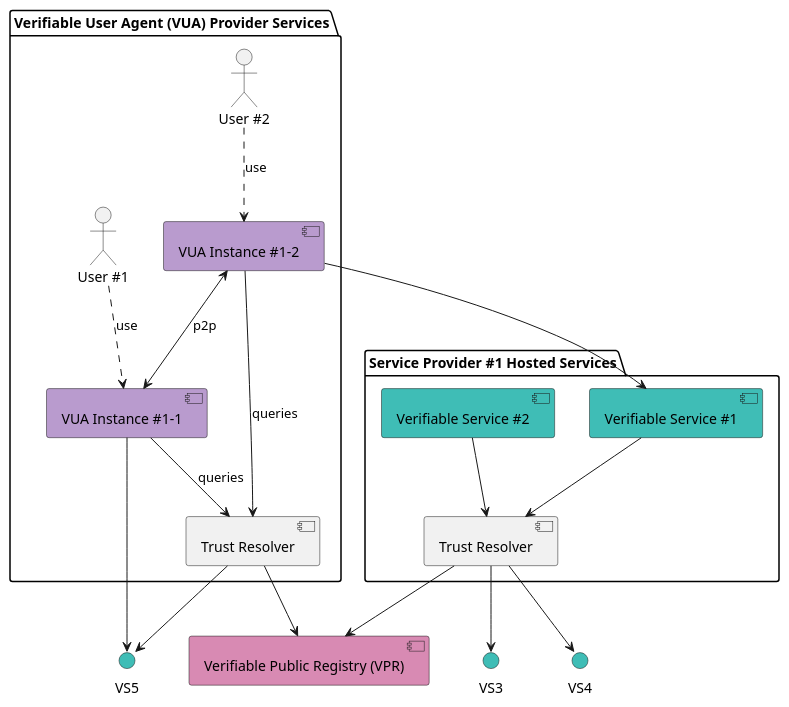
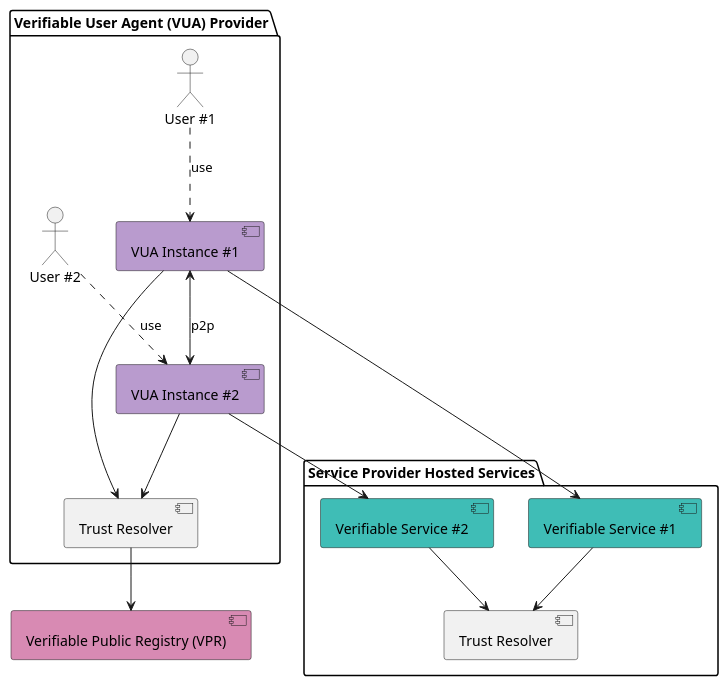
Before and after one commit to verana-labs/verana.io-website: the second of 2 diagrams in content/page/build/verifiable-user-agents.md, drawn with PlantUML. The commit also changed other lines of this file and 15 other files, not shown here.

````diff
--- a/content/page/build/verifiable-user-agents.md
+++ b/content/page/build/verifiable-user-agents.md
@@ -60,54 +73,32 @@
 ```plantuml
 @startuml
 
 [Verifiable Public Registry (VPR)] as VPR #D88AB3
 
-
-package "Service Provider #1 Hosted Services" as VSP  {
-  [Verifiable Service #1] as VS1sa #3fbdb6
-  [Verifiable Service #2] as VS2sa #3fbdb6
-  
-    [Trust Resolver] as VS1tr
-    VS1sa --> VS1tr
-
-    VS2sa --> VS1tr
+package "Service Provider Hosted Services" as VSP  {
+  [Verifiable Service #1] as VS1 #3fbdb6
+  [Verifiable Service #2] as VS2 #3fbdb6
+  [Trust Resolver] as VSTR
+  VS1 --> VSTR
+  VS2 --> VSTR
 }
 
-interface VS3 #3fbdb6
-interface VS4 #3fbdb6
-interface VS5 #3fbdb6
-
-
-package "Verifiable User Agent (VUA) Provider Services" as App1 {
-    actor "User #1" as user1
-actor "User #2" as user2
-  [VUA Instance #1-1] as VUA11 #b99bce
-  [VUA Instance #1-2] as VUA12 #b99bce
-    [Trust Resolver] as VUAtr
-
+package "Verifiable User Agent (VUA) Provider" as App {
+  actor "User #1" as user1
+  actor "User #2" as user2
+  [VUA Instance #1] as VUA1 #b99bce
+  [VUA Instance #2] as VUA2 #b99bce
+  [Trust Resolver] as VUATR
 }
 
-VUAtr --> VS5
-
-VUAtr --> VPR
-
-VS1tr --> VS3
-VS1tr --> VS4
-
-VS1tr --> VPR
-
-
-VUA12 --> VUAtr : queries
-VUA11 --> VUAtr : queries
-
-VUA12 <--> VUA11 : p2p
-
-user1 ..> VUA11 : use
-user2 ..> VUA12 : use
-
-VUA12 -->  VS1sa
-VUA11 -->  VS5
+VUATR --> VPR
+VUA1 --> VUATR
+VUA2 --> VUATR
+VUA1 <--> VUA2 : p2p
+user1 ..> VUA1 : use
+user2 ..> VUA2 : use
+VUA1 --> VS1
+VUA2 --> VS2
 
 @enduml
-
 ```
````
